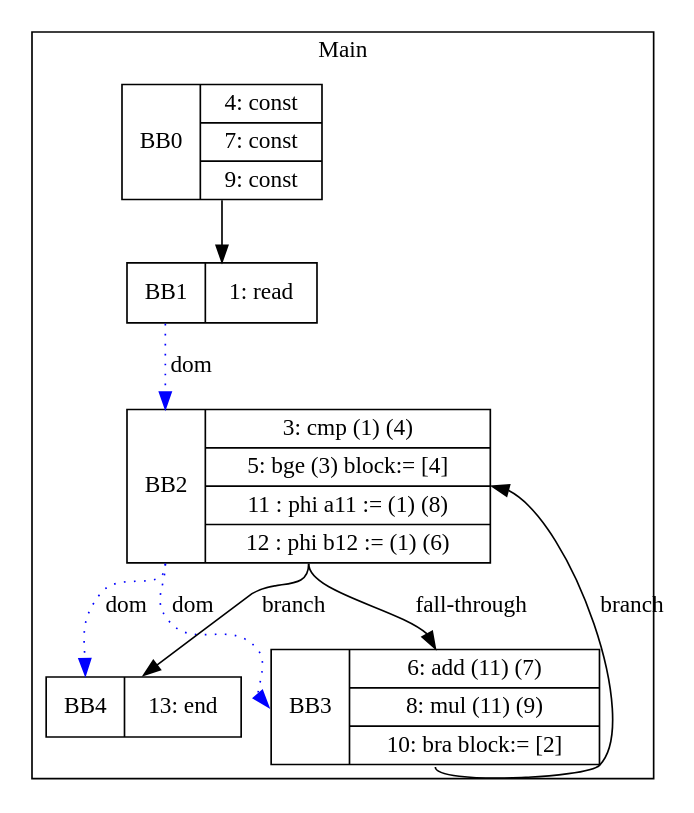
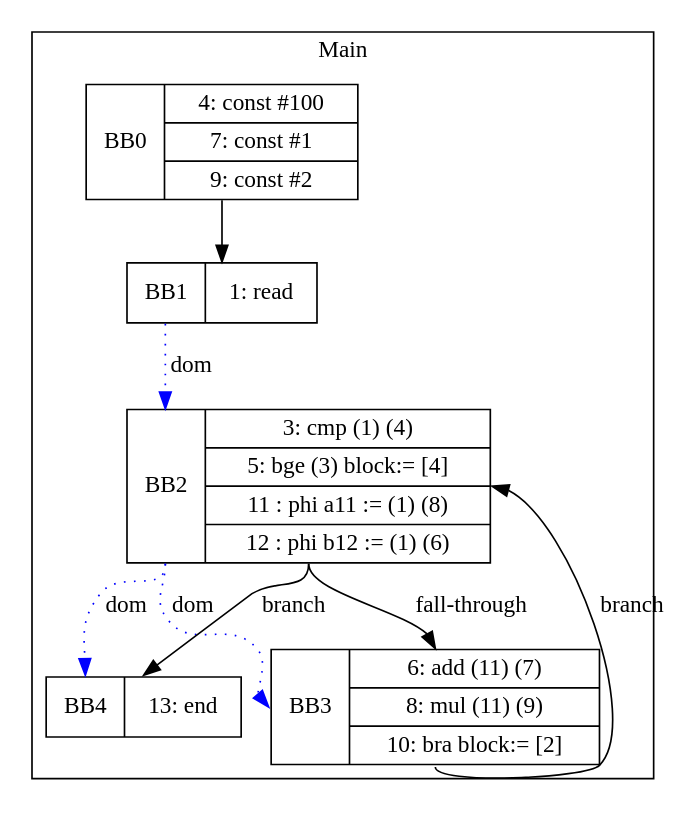
One commit to zjc664656505/UCI-CS241-Advanced-Compiler-main changed the diagram in visualization/while_basic.gv. Above: the diagram before and after it, drawn with Graphviz. The commit also changed 11 other files, not shown here.

```diff
--- a/visualization/while_basic.gv
+++ b/visualization/while_basic.gv
@@ -1,18 +1,18 @@
 digraph G {
 node [shape=record];
 subgraph cluster_main{
 label = "Main";
-BB0 [shape=record, label="<b>BB0|{4: const|7: const|9: const}"];
+BB0 [shape=record, label="<b>BB0|{4: const #100|7: const #1|9: const #2}"];
 BB1 [shape=record, label="<b>BB1|{1: read}"];
 BB2 [shape=record, label="<b>BB2|{3: cmp (1) (4)|5: bge (3) block:= [4]|11 : phi a11 := (1) (8)|12 : phi b12 := (1) (6)}"];
 BB3 [shape=record, label="<b>BB3|{6: add (11) (7)|8: mul (11) (9)|10: bra block:= [2]}"];
 BB4 [shape=record, label="<b>BB4|{13: end}"];
 }
 BB0:s -> BB1:n ;
 BB2:b -> BB3:b [color=blue, style=dotted, label="dom"];
 BB2:b -> BB4:b [color=blue, style=dotted, label="dom"];
 BB1:b -> BB2:b [color=blue, style=dotted, label="dom"];
 BB2:s -> BB4:n [label="branch"];
 BB3:s -> BB2:e [label="branch"];
 BB2:s -> BB3:n [label="fall-through"];
 }
```
